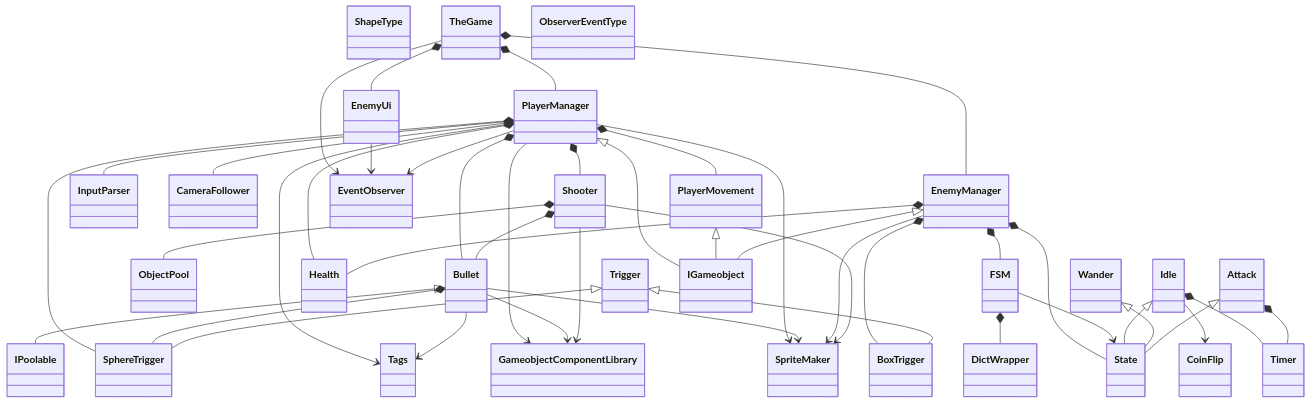
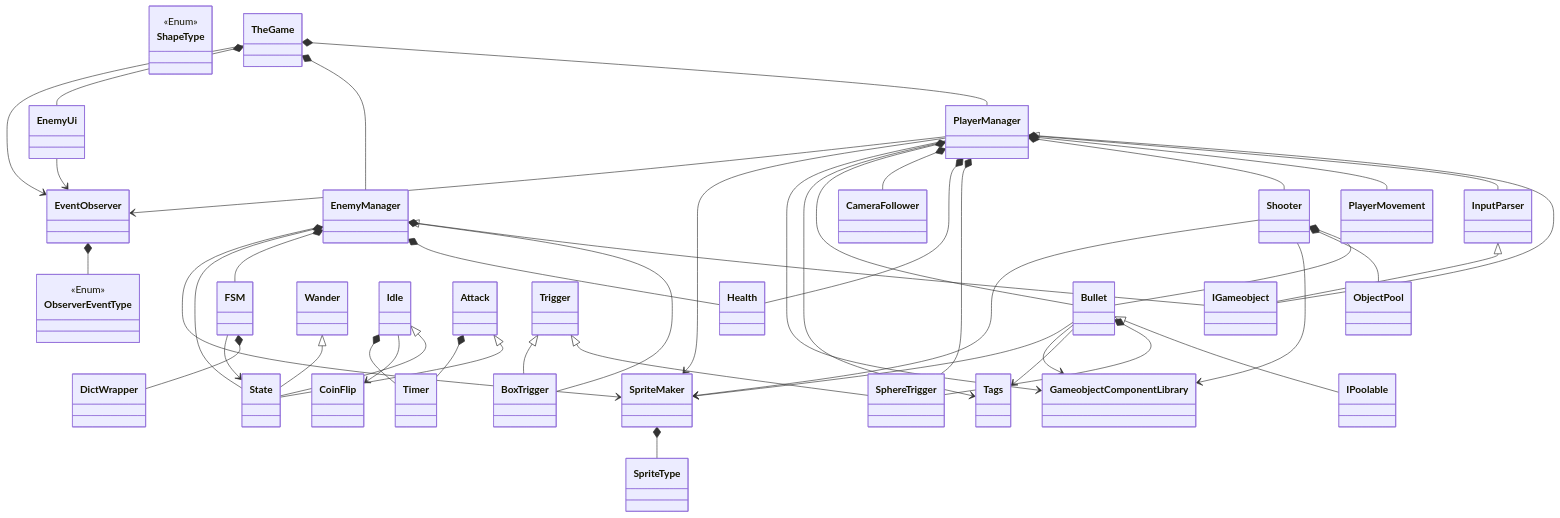
Before and after one commit to bas-boop/IntegratedGameplaySystem: the first of 5 diagrams in README.md, drawn with Mermaid. The commit also changed other lines of this file, not shown here.

Commit message:
Added player UML and setup for next time

````diff
--- a/README.md
+++ b/README.md
@@ -18,6 +18,7 @@
 class DictWrapper
 class SpriteMaker
 class ShapeType
+<<Enum>> ShapeType
 class PlayerMovement
 class PlayerManager
 class InputParser
@@ -41,8 +42,9 @@
 class Trigger
 class SphereTrigger
 class BoxTrigger
+class EventObserver
 class ObserverEventType
-class EventObserver
+<<Enum>> ObserverEventType
 
 TheGame *-- PlayerManager
 TheGame *-- EnemyManager
@@ -50,6 +52,9 @@
 TheGame --> EventObserver
 
 EnemyUi --> EventObserver
+
+SpriteMaker *-- SpriteType
+EventObserver *-- ObserverEventType
 
 PlayerManager <|-- IGameobject
 PlayerManager *-- InputParser
@@ -64,7 +69,7 @@
 PlayerManager --> SpriteMaker
 PlayerManager --> EventObserver
 
-PlayerMovement <|-- IGameobject
+InputParser <|-- IGameobject
 
 Bullet <|-- IPoolable
 Bullet *-- SphereTrigger
@@ -97,5 +102,4 @@
 Shooter *-- ObjectPool
 Shooter --> GameobjectComponentLibrary
 Shooter --> SpriteMaker
-
 ```
````
